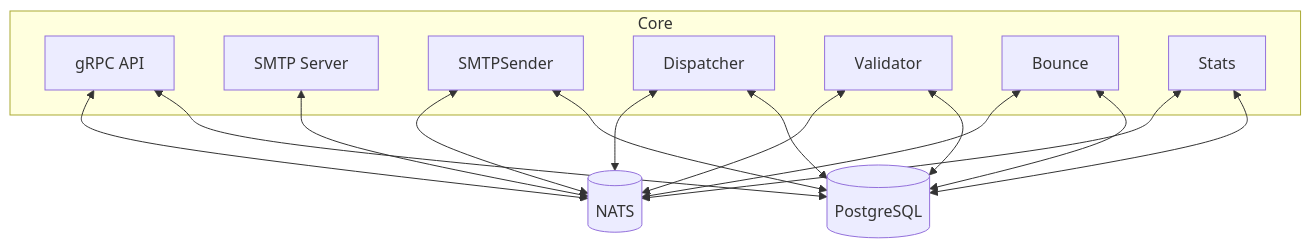
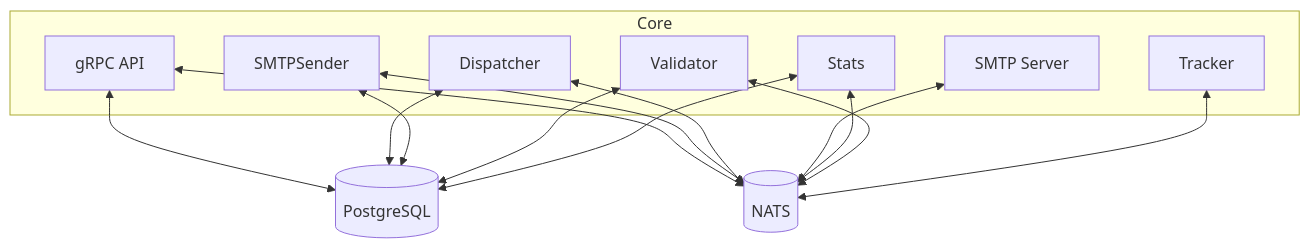
Before and after one commit to kannon-email/kannon: the second of 2 diagrams in ARCHITECTURE.md, drawn with Mermaid. The commit also changed other lines of this file and 4 other files, not shown here.

First line of the commit message:
docs: align ARCHITECTURE/README/REPOSITORY_GUIDE to CONTEXT.md (#333)

````diff
--- a/ARCHITECTURE.md
+++ b/ARCHITECTURE.md
@@ -225,27 +249,26 @@
 ```mermaid
 flowchart TD
     subgraph Core
         API["gRPC API"]
         SMTP["SMTP Server"]
         SMTPSender["SMTPSender"]
         Dispatcher["Dispatcher"]
         Validator["Validator"]
-        Bounce["Bounce"]
+        Tracker["Tracker"]
         Stats["Stats"]
     end
     DB[(PostgreSQL)]
     NATS[(NATS)]
     API <--> DB
     Dispatcher <--> DB
     SMTPSender <--> DB
     Validator <--> DB
     Stats <--> DB
-    Bounce <--> DB
     API <--> NATS
     SMTPSender <--> NATS
     Dispatcher <--> NATS
     SMTP <--> NATS
     Stats <--> NATS
     Validator <--> NATS
-    Bounce <--> NATS
+    Tracker <--> NATS
 ```
````
